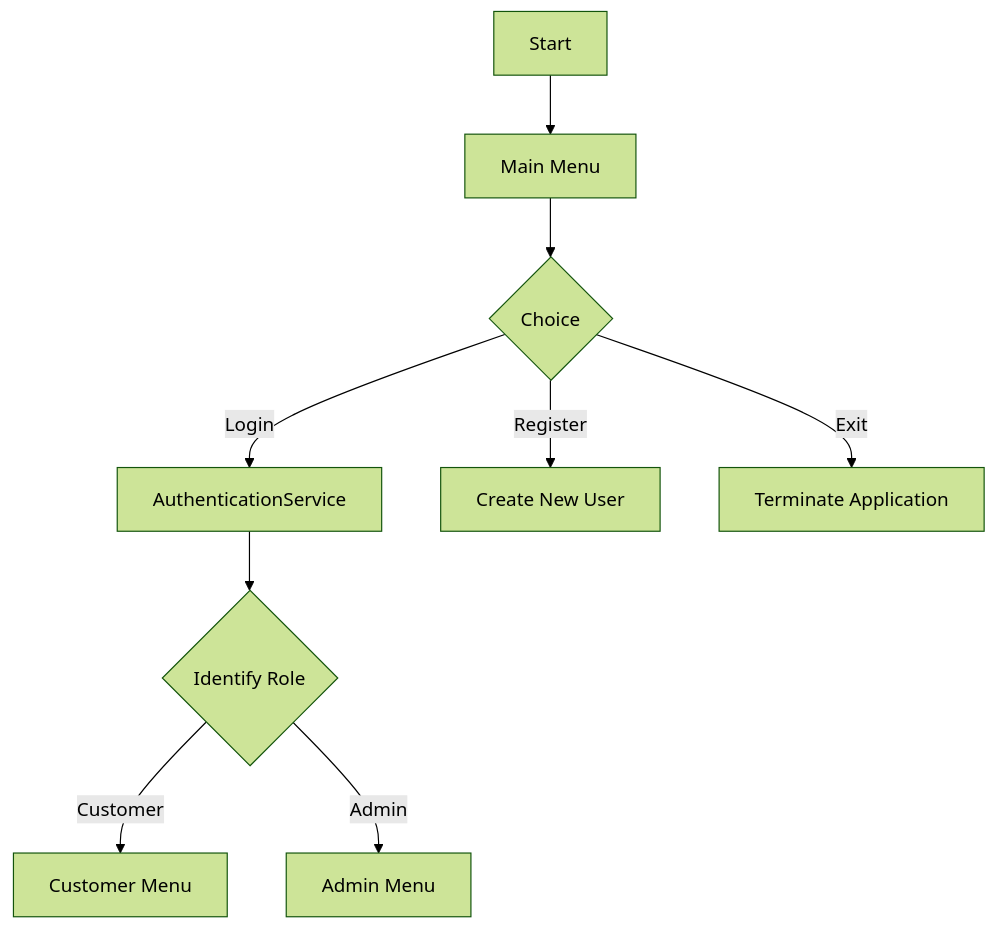
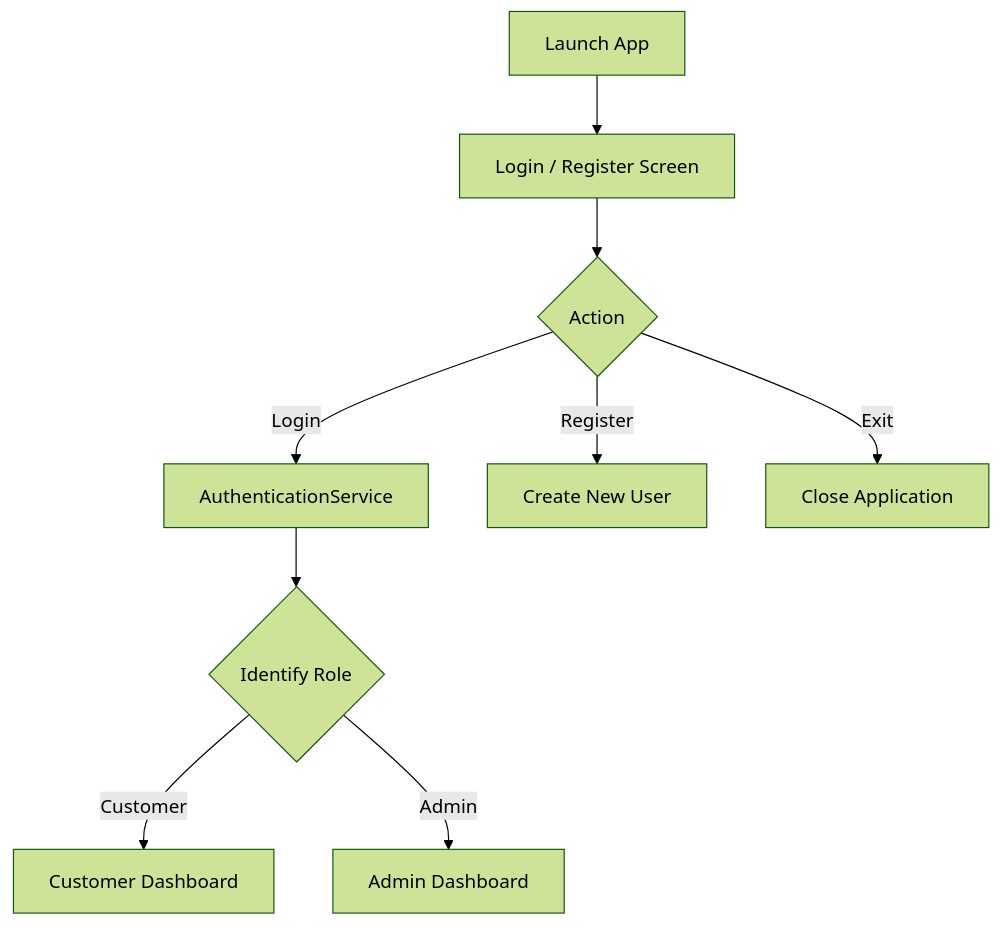
Before and after one commit to IshanWankhede/EcomFlow: the third of 5 diagrams in README.md, drawn with Mermaid (forest theme). The commit also changed other lines of this file and 2 other files, not shown here.

````diff
--- a/README.md
+++ b/README.md
@@ -431,11 +458,11 @@
 ```mermaid
 flowchart TD
-    A[Start] --> B[Main Menu]
-    B --> C{Choice}
+    A[Launch App] --> B[Login / Register Screen]
+    B --> C{Action}
     C -->|Login| D[AuthenticationService]
     C -->|Register| E[Create New User]
-    C -->|Exit| F[Terminate Application]
+    C -->|Exit| F[Close Application]
     D --> G{Identify Role}
-    G -->|Customer| H[Customer Menu]
-    G -->|Admin| I[Admin Menu]
+    G -->|Customer| H[Customer Dashboard]
+    G -->|Admin| I[Admin Dashboard]
 ```
````
